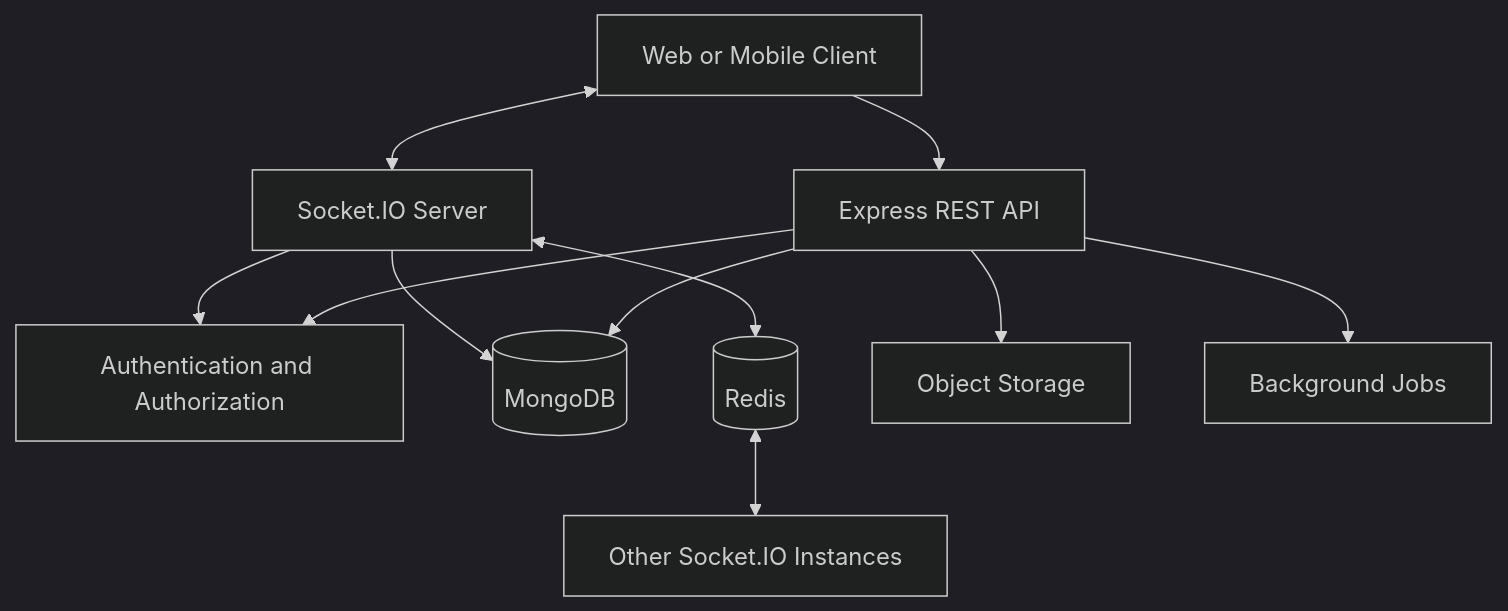
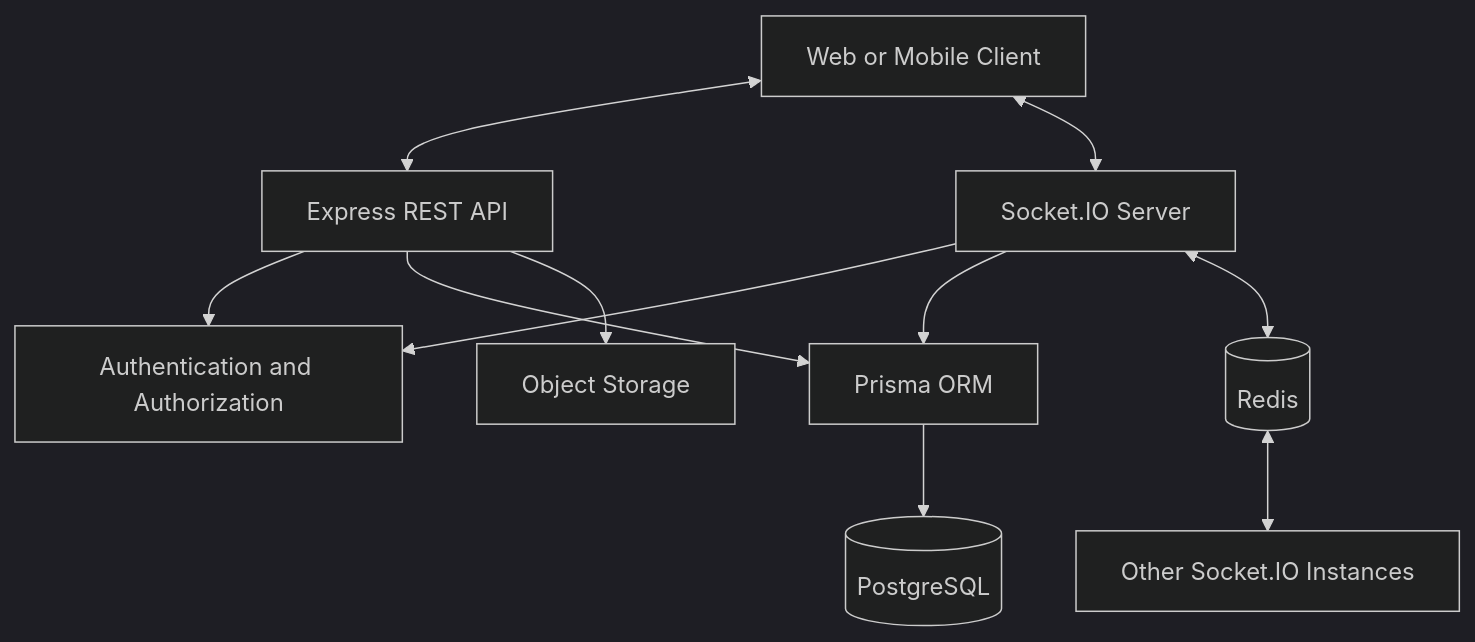
Before and after one commit to iamaniket-python/Messaging: the diagram in README.md, drawn with Mermaid (dark theme). The commit also changed other lines of this file, not shown here.

````diff
--- a/README.md
+++ b/README.md
@@ -41,13 +41,13 @@
 ```mermaid
 flowchart TD
-    A[Web or Mobile Client] --> B[Express REST API]
+    A[Web or Mobile Client] <--> B[Express REST API]
     A <--> C[Socket.IO Server]
     B --> D[Authentication and Authorization]
     C --> D
-    B --> E[(MongoDB)]
+    B --> E[Prisma ORM]
     C --> E
-    C <--> F[(Redis)]
-    F <--> G[Other Socket.IO Instances]
-    B --> H[Object Storage]
-    B --> I[Background Jobs]
+    E --> F[(PostgreSQL)]
+    C <--> G[(Redis)]
+    G <--> H[Other Socket.IO Instances]
+    B --> I[Object Storage]
 ```
````
